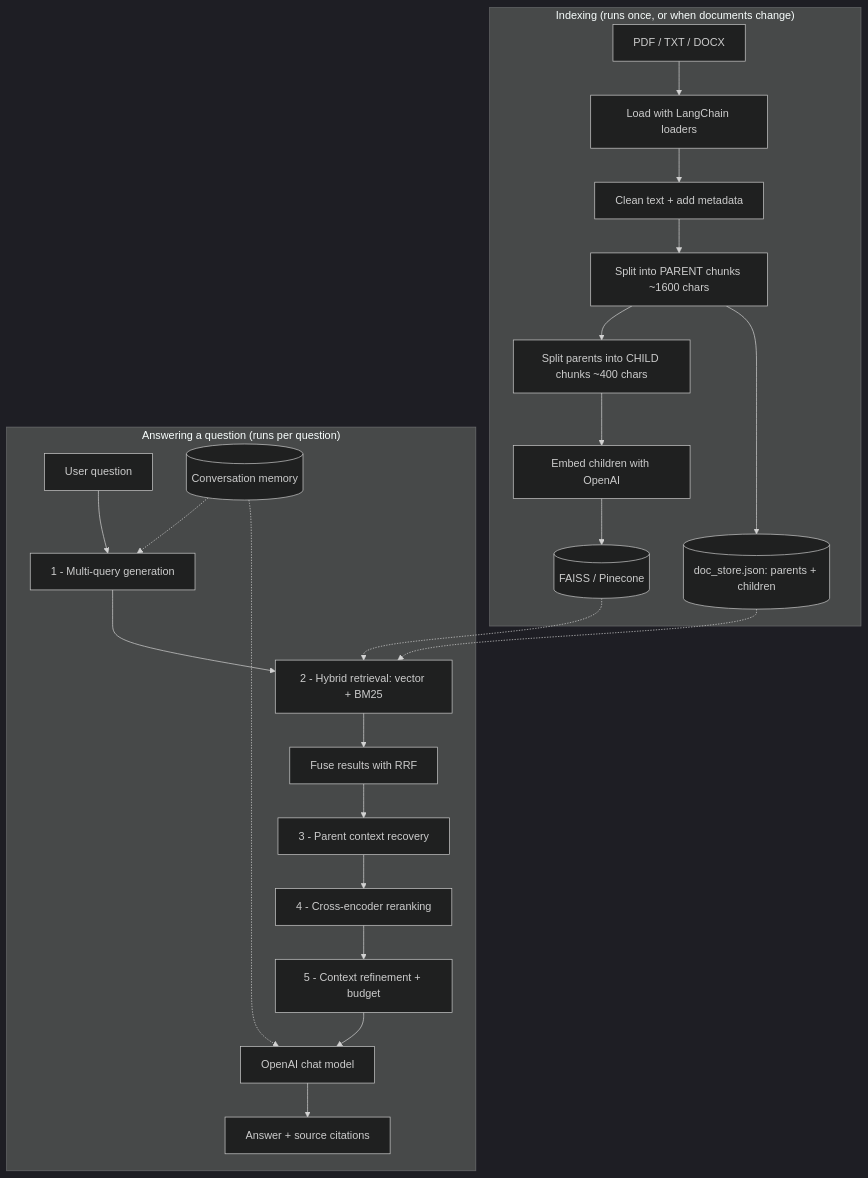
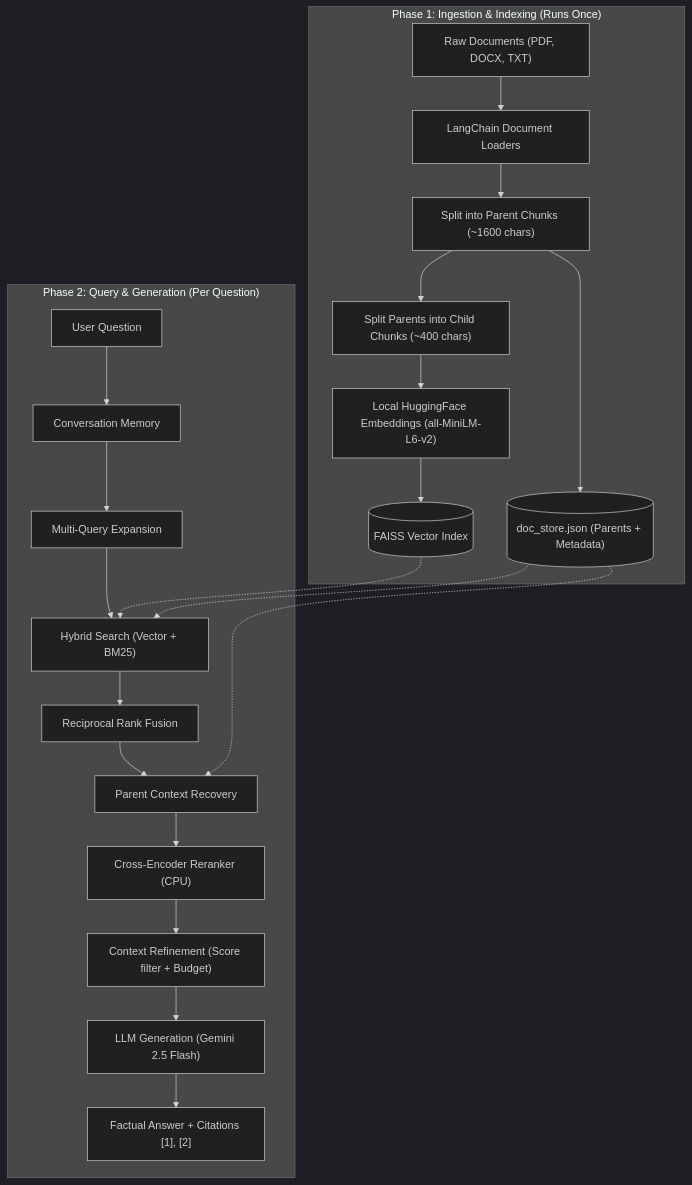
The diagram in Advanced-RAG-Capstone/README.md (esakhan786/advanced-rag-assistant-), drawn with Mermaid (dark theme) before and after one commit. The commit also changed other lines of this file and 1 other file, not shown here.

Commit message:
Docs: Add comprehensive architecture, 5-stage RAG breakdown, and deployment guide

````diff
--- a/Advanced-RAG-Capstone/README.md
+++ b/Advanced-RAG-Capstone/README.md
@@ -84,27 +132,26 @@
 ```mermaid
 flowchart TD
-    subgraph INGEST["Indexing (runs once, or when documents change)"]
-        A[PDF / TXT / DOCX] --> B[Load with LangChain loaders]
-        B --> C[Clean text + add metadata]
-        C --> D[Split into PARENT chunks ~1600 chars]
-        D --> E[Split parents into CHILD chunks ~400 chars]
-        E --> F[Embed children with OpenAI]
-        F --> G[(FAISS / Pinecone)]
-        D --> H[(doc_store.json: parents + children)]
+    subgraph INGESTION["Phase 1: Ingestion & Indexing (Runs Once)"]
+        DOCS["Raw Documents (PDF, DOCX, TXT)"] --> LOAD["LangChain Document Loaders"]
+        LOAD --> PAR["Split into Parent Chunks (~1600 chars)"]
+        PAR --> CHI["Split Parents into Child Chunks (~400 chars)"]
+        CHI --> EMB["Local HuggingFace Embeddings (all-MiniLM-L6-v2)"]
+        EMB --> VDB[("FAISS Vector Index")]
+        PAR --> DSTORE[("doc_store.json (Parents + Metadata)")]
     end
 
-    subgraph QUERY["Answering a question (runs per question)"]
-        Q[User question] --> MQ[1 - Multi-query generation]
-        MQ --> HY[2 - Hybrid retrieval: vector + BM25]
-        G -.-> HY
-        H -.-> HY
-        HY --> RRF[Fuse results with RRF]
-        RRF --> PC[3 - Parent context recovery]
-        PC --> RR[4 - Cross-encoder reranking]
-        RR --> CR[5 - Context refinement + budget]
-        CR --> LLM[OpenAI chat model]
-        MEM[(Conversation memory)] -.-> MQ
-        MEM -.-> LLM
-        LLM --> ANS[Answer + source citations]
+    subgraph INFERENCE["Phase 2: Query & Generation (Per Question)"]
+        UQ["User Question"] --> MEM["Conversation Memory"]
+        MEM --> MQG["Multi-Query Expansion"]
+        MQG --> HYS["Hybrid Search (Vector + BM25)"]
+        VDB -.-> HYS
+        DSTORE -.-> HYS
+        HYS --> RRF_FUSE["Reciprocal Rank Fusion"]
+        RRF_FUSE --> PCR["Parent Context Recovery"]
+        DSTORE -.-> PCR
+        PCR --> CER["Cross-Encoder Reranker (CPU)"]
+        CER --> CREF["Context Refinement (Score filter + Budget)"]
+        CREF --> GEN["LLM Generation (Gemini 2.5 Flash)"]
+        GEN --> ANS["Factual Answer + Citations [1], [2]"]
     end
 ```
````
